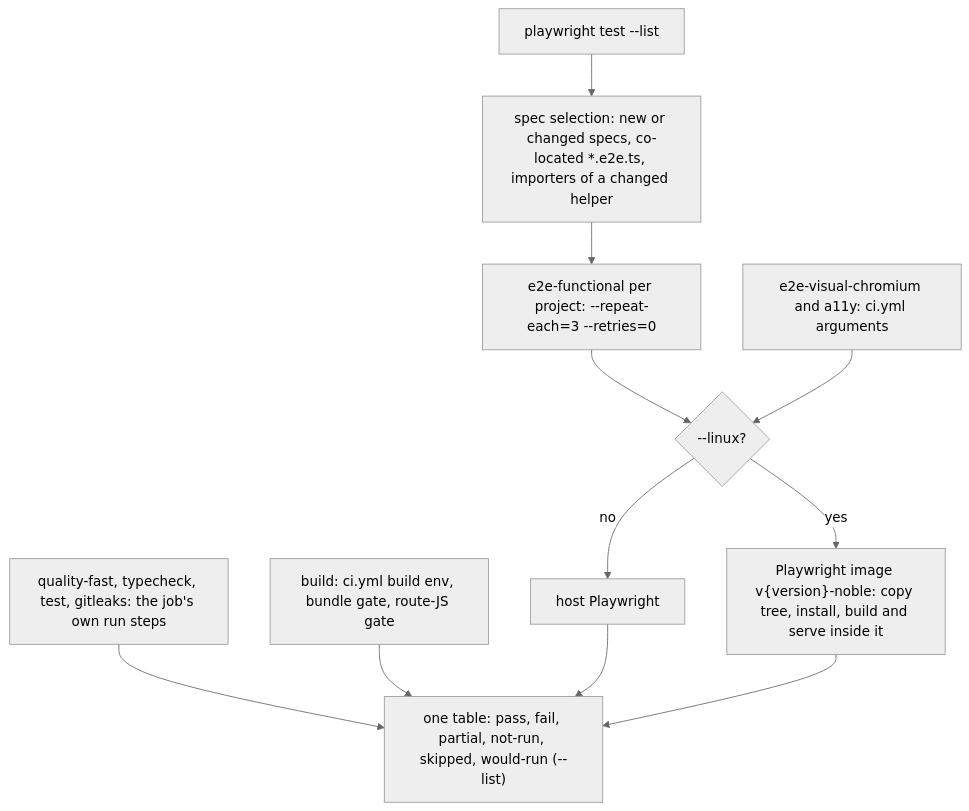
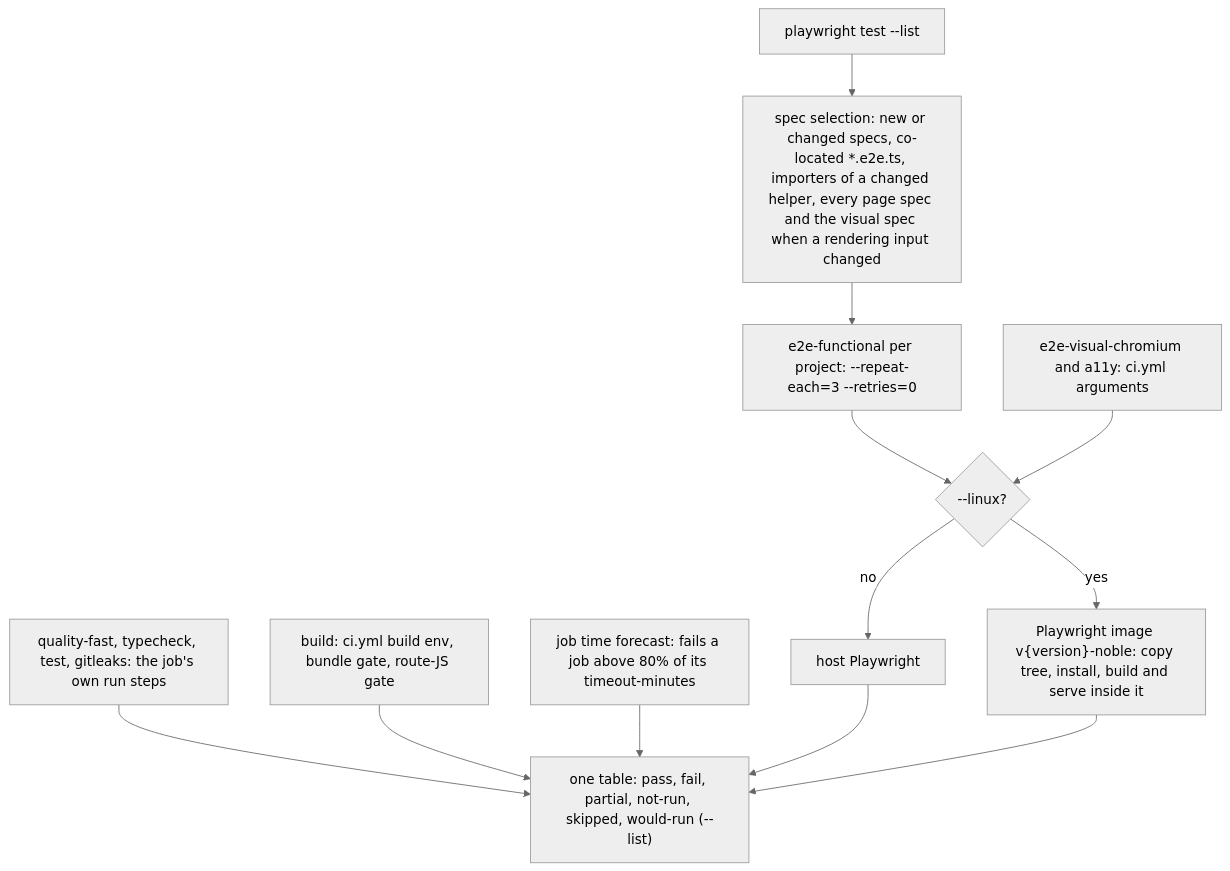
The second of 8 diagrams in docs/07-workflows.md (erikunha/portfolio), drawn with Mermaid (neutral theme) before and after one commit. The commit also changed other lines of this file and 5 other files, not shown here.

````diff
--- a/docs/07-workflows.md
+++ b/docs/07-workflows.md
@@ -81,13 +82,14 @@
 ```mermaid
 flowchart TD
-    sel["spec selection: new or changed specs, co-located *.e2e.ts, importers of a changed helper"] --> e2e["e2e-functional per project: --repeat-each=3 --retries=0"]
+    sel["spec selection: new or changed specs, co-located *.e2e.ts, importers of a changed helper, every page spec and the visual spec when a rendering input changed"] --> e2e["e2e-functional per project: --repeat-each=3 --retries=0"]
     pw["playwright test --list"] --> sel
     e2e --> lx{"--linux?"}
     vis["e2e-visual-chromium and a11y: ci.yml arguments"] --> lx
     lx -->|no| nat["host Playwright"]
     lx -->|yes| img["Playwright image v{version}-noble: copy tree, install, build and serve inside it"]
     st["quality-fast, typecheck, test, gitleaks: the job's own run steps"] --> tbl["one table: pass, fail, partial, not-run, skipped, would-run (--list)"]
     bd["build: ci.yml build env, bundle gate, route-JS gate"] --> tbl
+    fc["job time forecast: fails a job above 80% of its timeout-minutes"] --> tbl
     nat --> tbl
     img --> tbl
 ```
````
